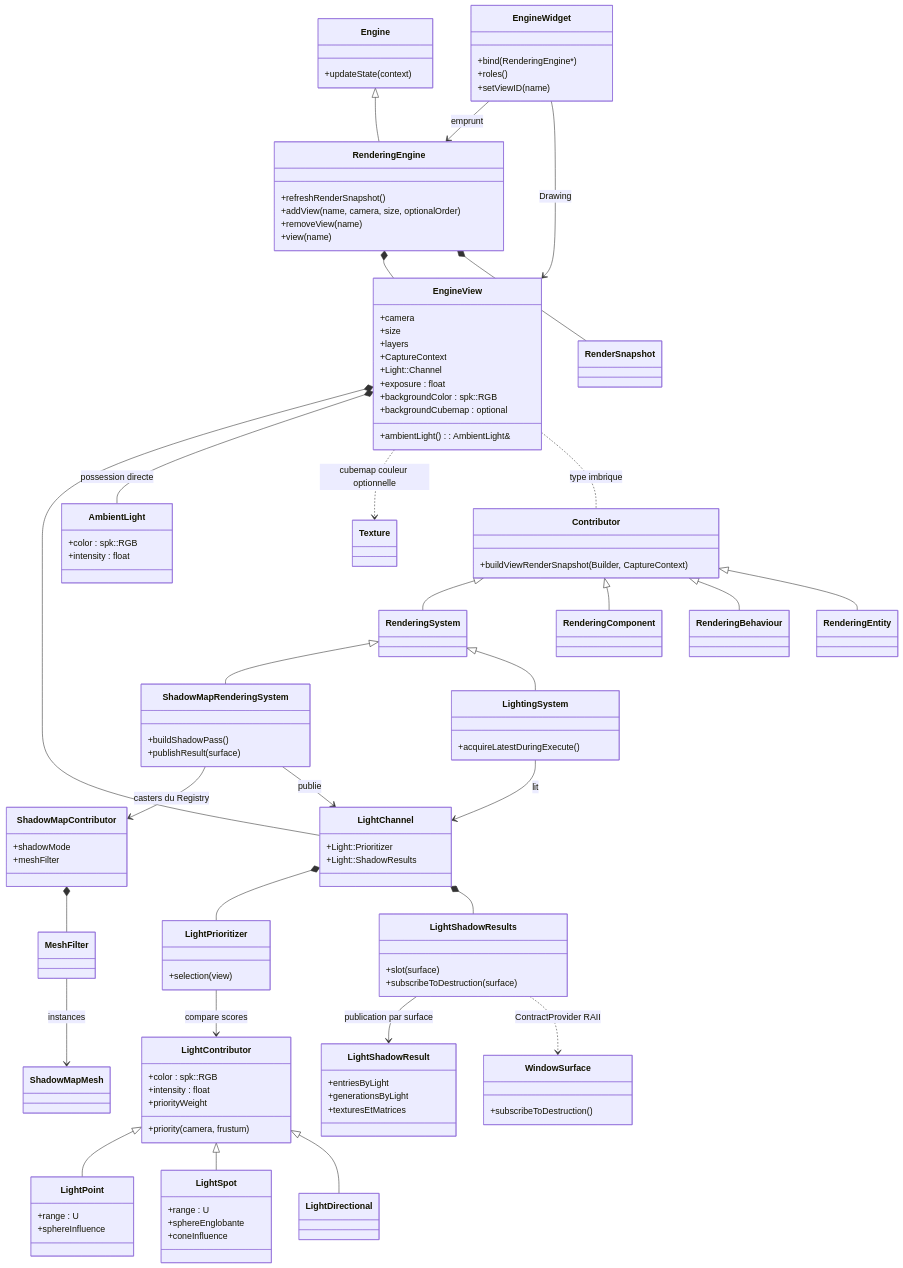
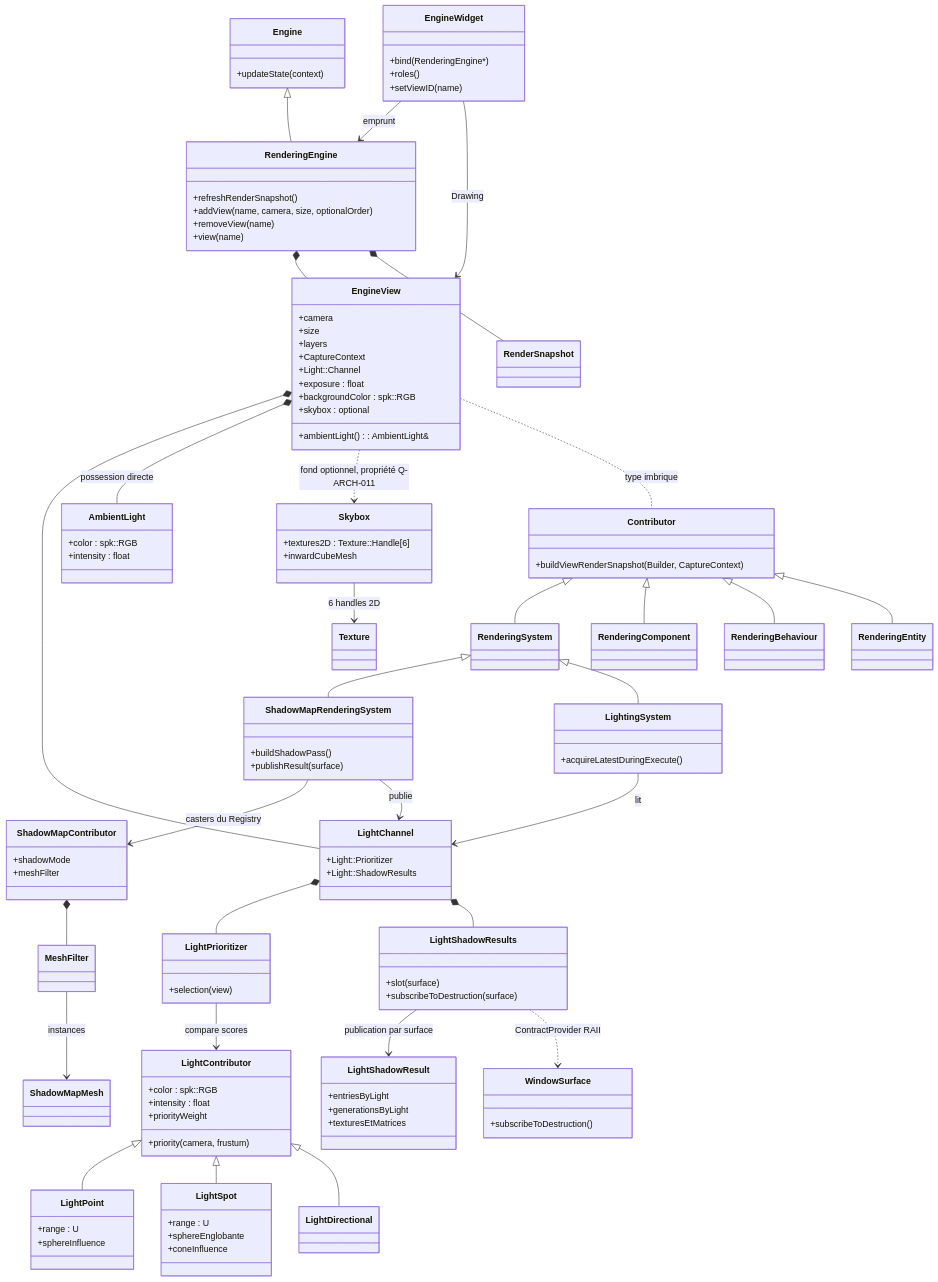
One commit to EreliaStudio/Sparkle changed the first of 9 diagrams in docs/voxel-engine-v0.1.4/07-vues-et-passes.md. Above: the diagram before and after it, drawn with Mermaid. The commit also changed other lines of this file and 5 other files, not shown here.

Commit message:
docs(v0.1.4): specify dedicated six-texture inverted-cube Skybox

```diff
--- a/docs/voxel-engine-v0.1.4/07-vues-et-passes.md
+++ b/docs/voxel-engine-v0.1.4/07-vues-et-passes.md
@@ -28,11 +28,15 @@
     +ambientLight() : AmbientLight&
     +exposure : float
     +backgroundColor : spk::RGB
-    +backgroundCubemap : optional
+    +skybox : optional
   }
   class AmbientLight {
     +color : spk::RGB
     +intensity : float
+  }
+  class Skybox {
+    +textures2D : Texture::Handle[6]
+    +inwardCubeMesh
   }
   class Contributor {
     +buildViewRenderSnapshot(Builder, CaptureContext)
@@ -99,7 +103,8 @@
   RenderingEngine *-- RenderSnapshot
   EngineView *-- LightChannel
   EngineView *-- AmbientLight : possession directe
-  EngineView ..> Texture : cubemap couleur optionnelle
+  EngineView ..> Skybox : fond optionnel, propriété Q-ARCH-011
+  Skybox --> Texture : 6 handles 2D
   EngineView .. Contributor : type imbrique
   Contributor <|-- RenderingSystem
   Contributor <|-- RenderingComponent
```
